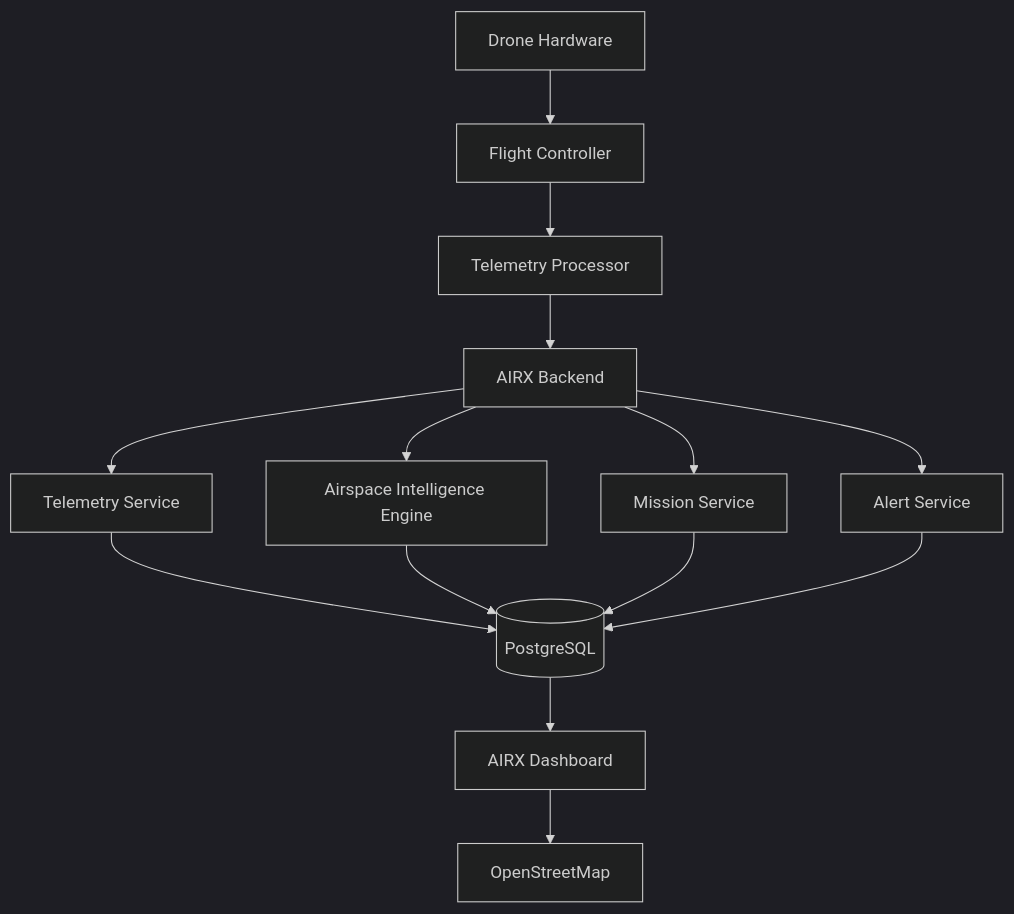
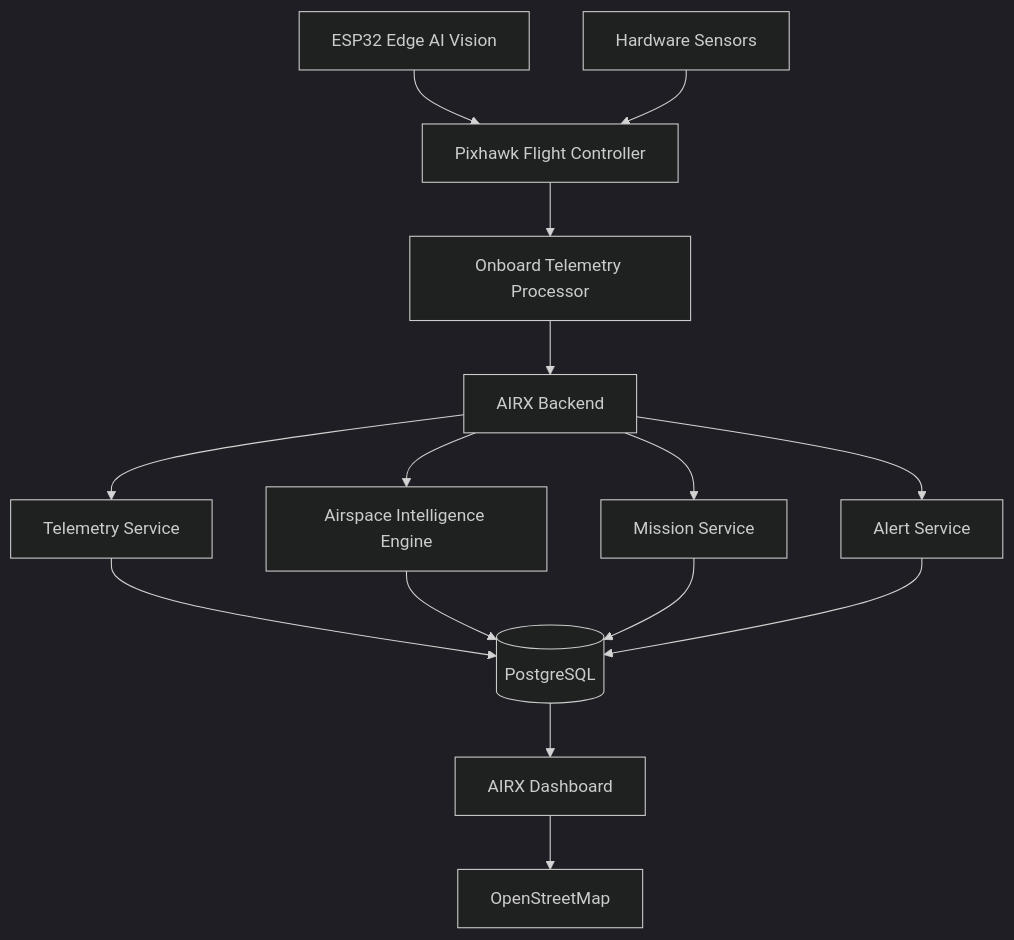
One commit to dhilipan182005/Autonomous-Drone-Logistics-Operating-System-ADLOS- changed the first of 2 diagrams in README.md. Above: the diagram before and after it, drawn with Mermaid (dark theme). The commit also changed other lines of this file, not shown here.

````diff
--- a/README.md
+++ b/README.md
@@ -33,24 +38,25 @@
 ```mermaid
 flowchart TD
 
-A[Drone Hardware]
---> B[Flight Controller]
+A[ESP32 Edge AI Vision] --> B[Pixhawk Flight Controller]
+C[Hardware Sensors] --> B
 
-B --> C[Telemetry Processor]
+B --> D[Onboard Telemetry Processor]
 
-C --> D[AIRX Backend]
+D --> E[AIRX Backend]
 
-D --> E[Telemetry Service]
-D --> F[Airspace Intelligence Engine]
-D --> G[Mission Service]
-D --> H[Alert Service]
+E --> F[Telemetry Service]
+E --> G[Airspace Intelligence Engine]
+E --> H[Mission Service]
+E --> I[Alert Service]
 
-E --> I[(PostgreSQL)]
-F --> I
-G --> I
-H --> I
+F --> J[(PostgreSQL)]
+G --> J
+H --> J
+I --> J
 
-I --> J[AIRX Dashboard]
+J --> K[AIRX Dashboard]
 
-J --> K[OpenStreetMap]
+K --> L[OpenStreetMap]
+
 ```
````
